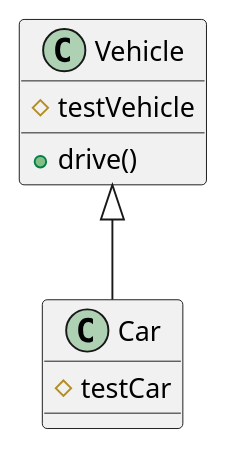
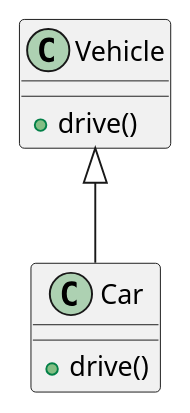
The second of 8 diagrams in exercises/inheritance.puml (sara-cameron-richard/block3-adv-web), drawn with PlantUML before and after one commit. The commit also changed other lines of this file and 1 other file, not shown here.

```diff
--- a/exercises/inheritance.puml
+++ b/exercises/inheritance.puml
@@ -14,12 +14,11 @@
 @startuml
 
 class Vehicle {
-    #testVehicle
     +drive()
 }
 
 class Car extends Vehicle {
-    #testCar
+    +drive()
 }
 
 @enduml
```
